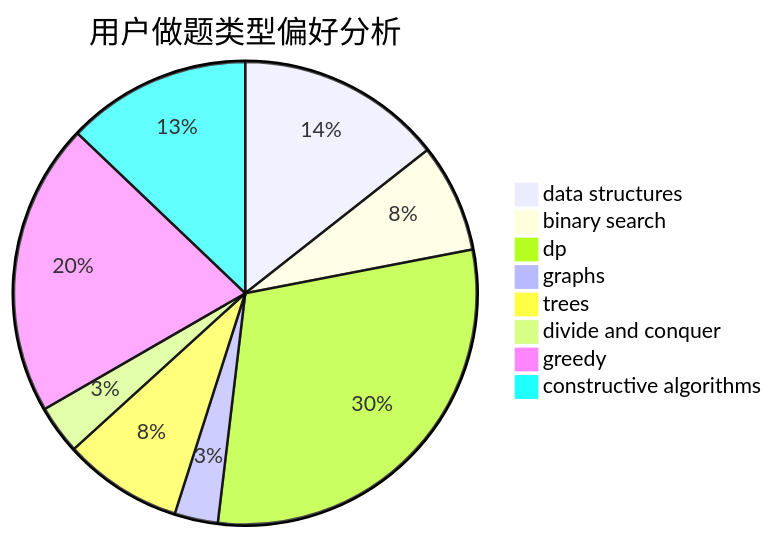
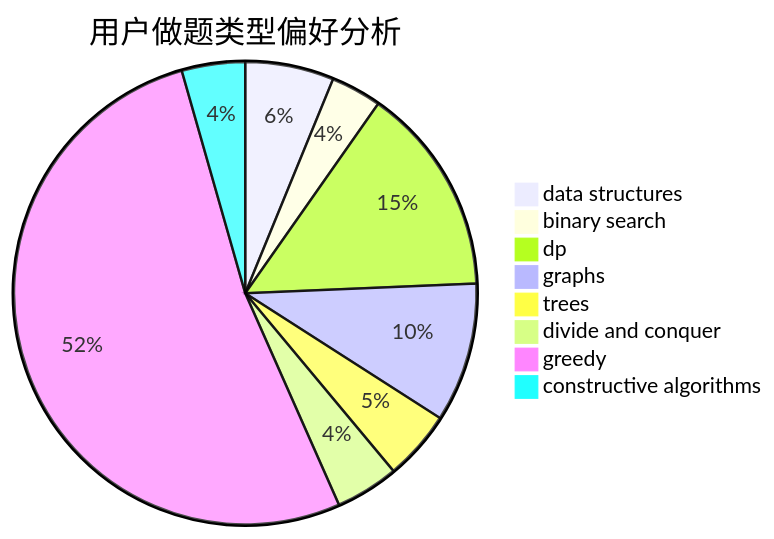
The second of 3 diagrams in docs/user/u2203.md (sherpahu/cfrs.github.io), drawn with Mermaid before and after one commit. The commit also changed other lines of this file and 2770 other files, not shown here.

````diff
--- a/docs/user/u2203.md
+++ b/docs/user/u2203.md
@@ -23,11 +23,11 @@
 ```mermaid
 pie title 用户做题类型偏好分析
-    "data structures" :  38
-    "binary search" :  20
-    "dp" :  79
-    "graphs" :  8
-    "trees" :  22
-    "divide and conquer" :  9
-    "greedy" :  54
-    "constructive algorithms" :  34
+    "data structures" :  14
+    "binary search" :  8
+    "dp" :  33
+    "graphs" :  22
+    "trees" :  11
+    "divide and conquer" :  10
+    "greedy" :  118
+    "constructive algorithms" :  10
 ```
````
